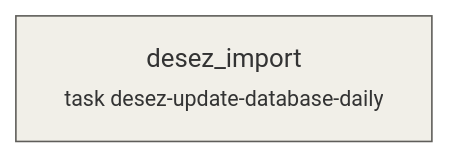
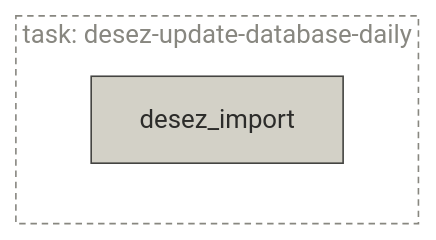
Before and after one commit to majazaloznik/umar-automation-scripts: the diagram in docs/pipelines/task-desez-update-database-daily.md, drawn with Mermaid. The commit also changed 31 other files, not shown here.

Commit message:
Update mermaid plots in pipelines

````diff
--- a/docs/pipelines/task-desez-update-database-daily.md
+++ b/docs/pipelines/task-desez-update-database-daily.md
@@ -21,8 +21,12 @@
 ```mermaid
 flowchart LR
-  desez_import["desez_import<br/><small>task desez-update-database-daily</small>"]:::step
-  classDef source fill:#FAECE7,stroke:#993C1D
-  classDef step fill:#F1EFE8,stroke:#5F5E5A
-  classDef store fill:#E1F5EE,stroke:#0F6E56
-  classDef output fill:#EEEDFE,stroke:#534AB7
+  
+  subgraph task_desez_update_database_daily["task: desez-update-database-daily"]
+    desez_import["desez_import"]:::step
+  end
+  style task_desez_update_database_daily fill:none,stroke:#888780,stroke-dasharray:4 3,color:#888780
+  classDef source fill:#F0997B,stroke:#712B13,color:#4A1B0C,stroke-width:1px
+  classDef step fill:#D3D1C7,stroke:#444441,color:#2C2C2A,stroke-width:1px
+  classDef store fill:#5DCAA5,stroke:#085041,color:#04342C,stroke-width:1px
+  classDef output fill:#AFA9EC,stroke:#3C3489,color:#26215C,stroke-width:1px
 ```
````
